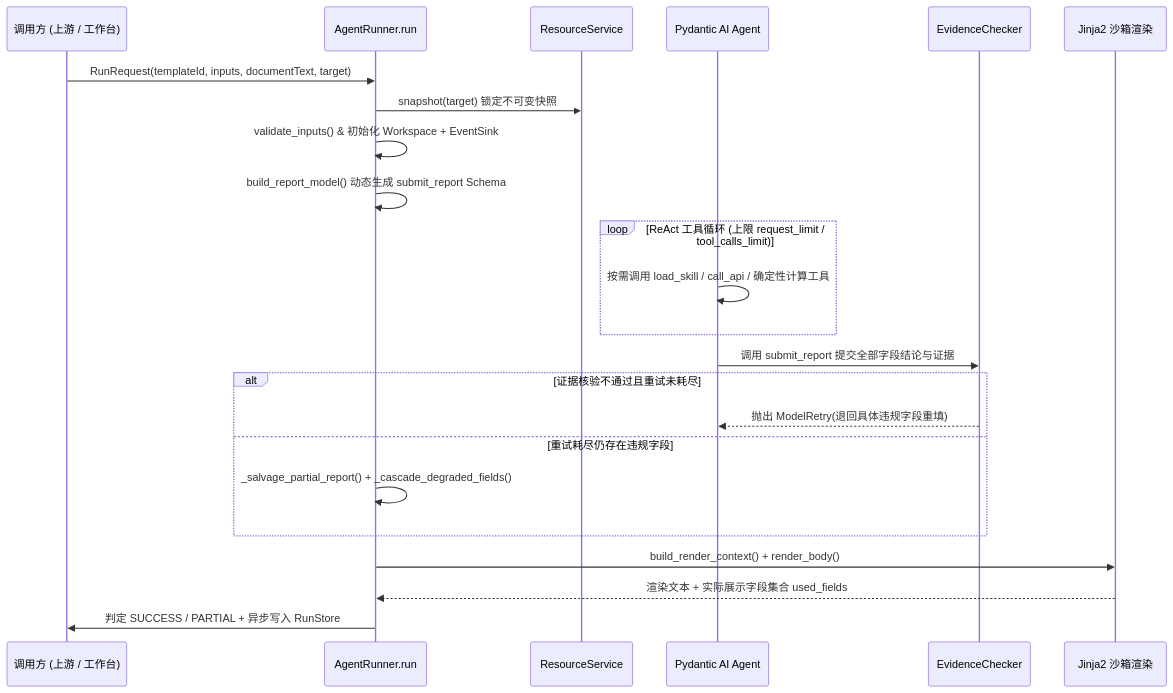
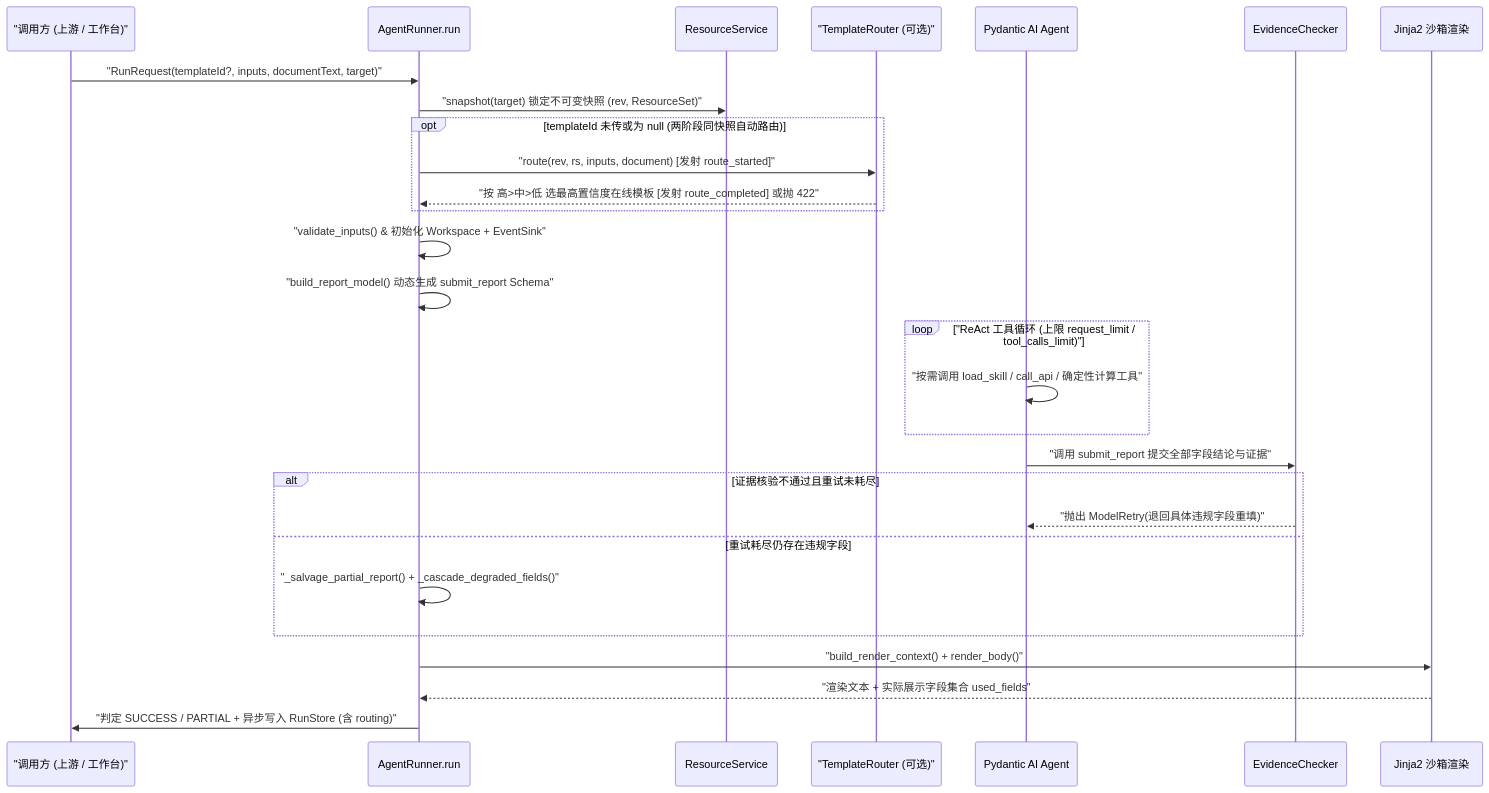
One commit to kiliter/agent-python changed the diagram in wiki/architecture/request-pipeline.md. Above: the diagram before and after it, drawn with Mermaid. The commit also changed other lines of this file and 214 other files, not shown here.

````diff
--- a/wiki/architecture/request-pipeline.md
+++ b/wiki/architecture/request-pipeline.md
@@ -35,26 +39,31 @@
 ```mermaid
 sequenceDiagram
-    participant Caller as 调用方 (上游 / 工作台)
+    participant Caller as "调用方 (上游 / 工作台)"
     participant Runner as AgentRunner.run
     participant Store as ResourceService
+    participant Router as "TemplateRouter (可选)"
     participant Agent as Pydantic AI Agent
     participant Checker as EvidenceChecker
     participant Jinja as Jinja2 沙箱渲染
 
-    Caller->>Runner: RunRequest(templateId, inputs, documentText, target)
-    Runner->>Store: snapshot(target) 锁定不可变快照
-    Runner->>Runner: validate_inputs() & 初始化 Workspace + EventSink
-    Runner->>Runner: build_report_model() 动态生成 submit_report Schema
-    loop ReAct 工具循环 (上限 request_limit / tool_calls_limit)
-        Agent->>Agent: 按需调用 load_skill / call_api / 确定性计算工具
+    Caller->>Runner: "RunRequest(templateId?, inputs, documentText, target)"
+    Runner->>Store: "snapshot(target) 锁定不可变快照 (rev, ResourceSet)"
+    opt templateId 未传或为 null (两阶段同快照自动路由)
+        Runner->>Router: "route(rev, rs, inputs, document) [发射 route_started]"
+        Router-->>Runner: "按 高>中>低 选最高置信度在线模板 [发射 route_completed] 或抛 422"
     end
-    Agent->>Checker: 调用 submit_report 提交全部字段结论与证据
+    Runner->>Runner: "validate_inputs() & 初始化 Workspace + EventSink"
+    Runner->>Runner: "build_report_model() 动态生成 submit_report Schema"
+    loop "ReAct 工具循环 (上限 request_limit / tool_calls_limit)"
+        Agent->>Agent: "按需调用 load_skill / call_api / 确定性计算工具"
+    end
+    Agent->>Checker: "调用 submit_report 提交全部字段结论与证据"
     alt 证据核验不通过且重试未耗尽
-        Checker-->>Agent: 抛出 ModelRetry(退回具体违规字段重填)
+        Checker-->>Agent: "抛出 ModelRetry(退回具体违规字段重填)"
     else 重试耗尽仍存在违规字段
-        Runner->>Runner: _salvage_partial_report() + _cascade_degraded_fields()
+        Runner->>Runner: "_salvage_partial_report() + _cascade_degraded_fields()"
     end
-    Runner->>Jinja: build_render_context() + render_body()
-    Jinja-->>Runner: 渲染文本 + 实际展示字段集合 used_fields
-    Runner->>Caller: 判定 SUCCESS / PARTIAL + 异步写入 RunStore
+    Runner->>Jinja: "build_render_context() + render_body()"
+    Jinja-->>Runner: "渲染文本 + 实际展示字段集合 used_fields"
+    Runner->>Caller: "判定 SUCCESS / PARTIAL + 异步写入 RunStore (含 routing)"
 ```
````
